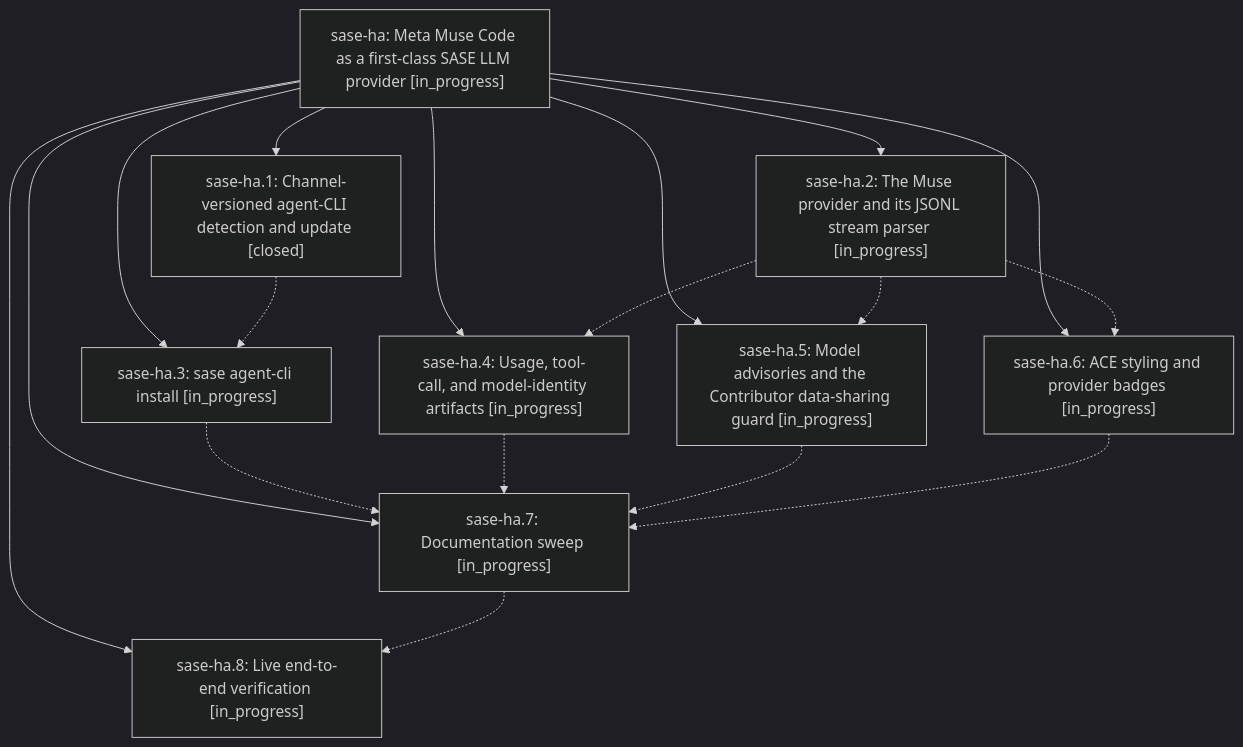
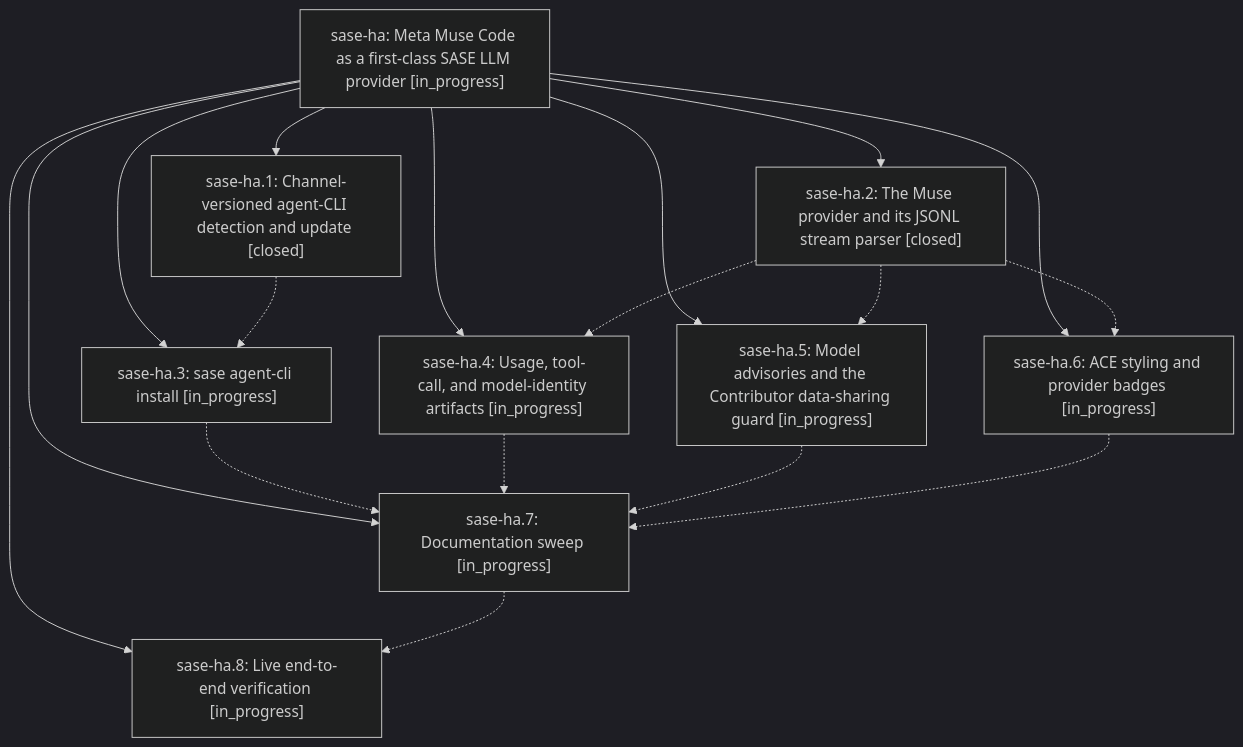
Before and after one commit to sase-org/sase--beads: the diagram in pages/sase-ha/README.md, drawn with Mermaid (dark theme). The commit also changed other lines of this file and 4 other files, not shown here.

````diff
--- a/pages/sase-ha/README.md
+++ b/pages/sase-ha/README.md
@@ -29,29 +29,29 @@
 ```mermaid
 flowchart TD
     n0["sase-ha: Meta Muse Code as a first-class SASE LLM provider [in_progress]"]
     n1["sase-ha.1: Channel-versioned agent-CLI detection and update [closed]"]
-    n2["sase-ha.2: The Muse provider and its JSONL stream parser [in_progress]"]
+    n2["sase-ha.2: The Muse provider and its JSONL stream parser [closed]"]
     n3["sase-ha.3: sase agent-cli install [in_progress]"]
     n4["sase-ha.4: Usage, tool-call, and model-identity artifacts [in_progress]"]
     n5["sase-ha.5: Model advisories and the Contributor data-sharing guard [in_progress]"]
     n6["sase-ha.6: ACE styling and provider badges [in_progress]"]
     n7["sase-ha.7: Documentation sweep [in_progress]"]
     n8["sase-ha.8: Live end-to-end verification [in_progress]"]
     n0 --> n1
     n0 --> n2
     n0 --> n3
     n0 --> n4
     n0 --> n5
     n0 --> n6
     n0 --> n7
     n0 --> n8
     n1 -.-> n3
     n2 -.-> n4
     n2 -.-> n5
     n2 -.-> n6
     n3 -.-> n7
     n4 -.-> n7
     n5 -.-> n7
     n6 -.-> n7
     n7 -.-> n8
 ```
````
